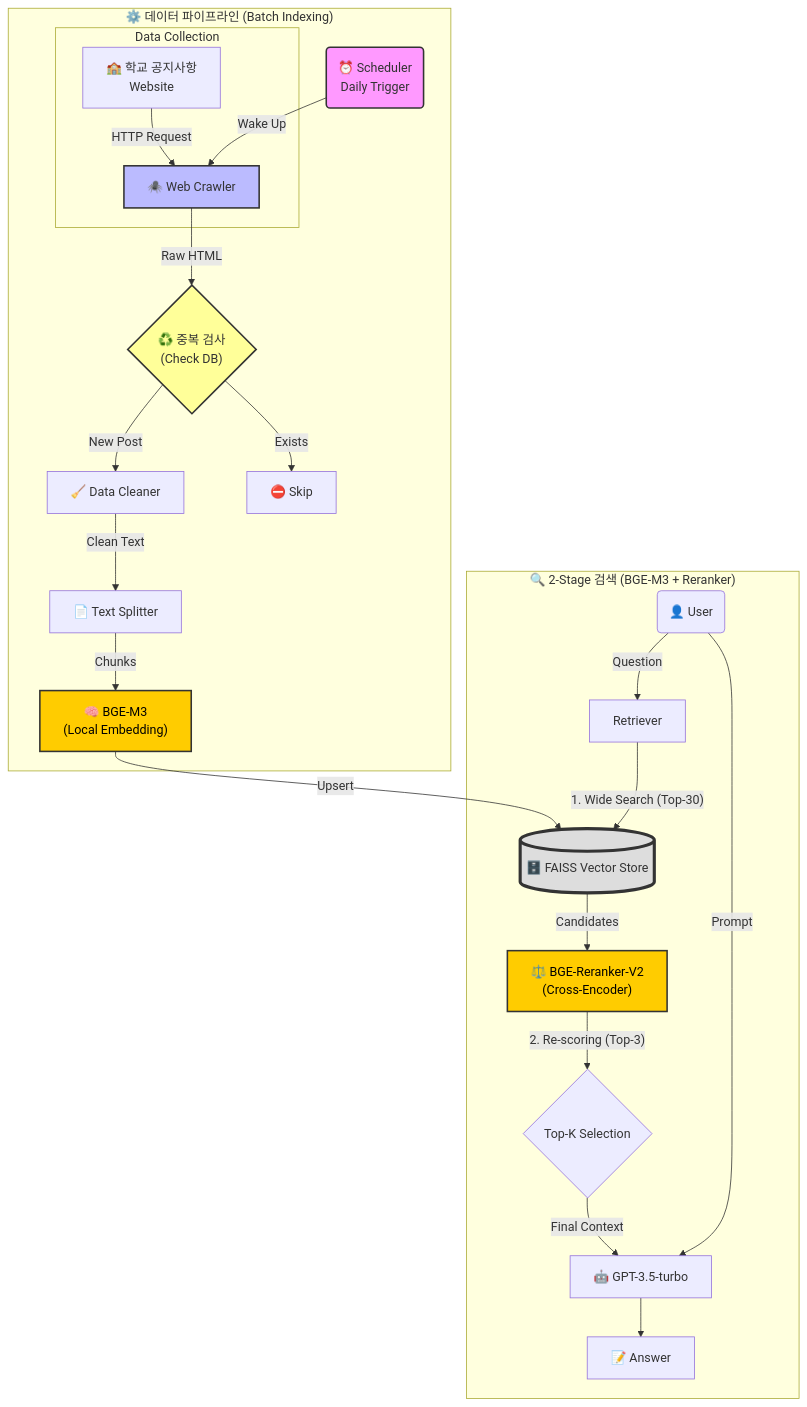
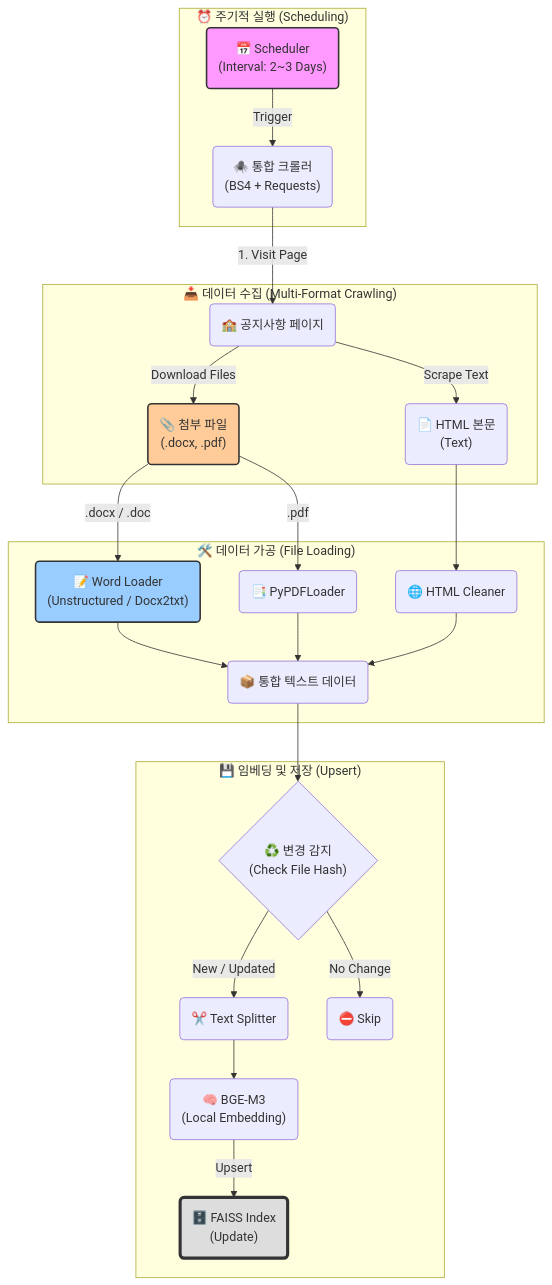
One commit to KKimHyeonJoo/INUchat changed the second of 2 diagrams in README.md. Above: the diagram before and after it, drawn with Mermaid.

````diff
--- a/README.md
+++ b/README.md
@@ -92,44 +92,44 @@
 ```mermaid
 flowchart TD
-    %% 사용자 및 추론 영역
-    subgraph Inference_Phase ["🔍 2-Stage 검색 (BGE-M3 + Reranker)"]
-        User(👤 User) -->|Question| Retriever
-        Retriever -->|"1. Wide Search (Top-30)"| FAISS[("🗄️ FAISS Vector Store")]
-        
-        FAISS -->|Candidates| Reranker["⚖️ BGE-Reranker-V2\n(Cross-Encoder)"]
-        
-        Reranker -->|"2. Re-scoring (Top-3)"| Context_Filter{"Top-K Selection"}
-        
-        Context_Filter -->|Final Context| LLM["🤖 GPT-3.5-turbo"]
-        User -->|Prompt| LLM
-        LLM --> Answer["📝 Answer"]
+    %% 1. 스케줄링 영역
+    subgraph Scheduling ["⏰ 주기적 실행 (Scheduling)"]
+        Timer("📅 Scheduler\n(Interval: 2~3 Days)") -->|Trigger| Crawler
     end
 
-    %% 데이터 수집 및 가공 영역
-    subgraph ETL_Pipeline ["⚙️ 데이터 파이프라인 (Batch Indexing)"]
-        Scheduler("⏰ Scheduler\nDaily Trigger") -->|Wake Up| Crawler
+    %% 2. 수집 영역
+    subgraph Collection ["📥 데이터 수집 (Multi-Format Crawling)"]
+        Crawler("🕷️ 통합 크롤러\n(BS4 + Requests)") -->|1. Visit Page| WebPage("🏫 공지사항 페이지")
         
-        subgraph Collection ["Data Collection"]
-            Web["🏫 학교 공지사항\nWebsite"] -->|HTTP Request| Crawler["🕷️ Web Crawler"]
-        end
-        
-        Crawler -->|Raw HTML| Dedup{"♻️ 중복 검사\n(Check DB)"}
-        
-        Dedup -->|New Post| Cleaner["🧹 Data Cleaner"]
-        Dedup -->|Exists| Skip["⛔ Skip"]
-        
-        Cleaner -->|Clean Text| Splitter["📄 Text Splitter"]
-        
-        Splitter -->|Chunks| Embed["🧠 BGE-M3\n(Local Embedding)"]
-        Embed -->|Upsert| FAISS
+        WebPage -->|Scrape Text| HTML_Content("📄 HTML 본문\n(Text)")
+        WebPage -->|Download Files| Attachments("📎 첨부 파일\n(.docx, .pdf)")
     end
 
-    %% 스타일링 (BGE 모델 강조)
-    style Reranker fill:#ffcc00,stroke:#333,stroke-width:2px,color:black
-    style Embed fill:#ffcc00,stroke:#333,stroke-width:2px,color:black
-    style Scheduler fill:#f9f,stroke:#333,stroke-width:2px
-    style Crawler fill:#bbf,stroke:#333,stroke-width:2px
-    style Dedup fill:#ff9,stroke:#333,stroke-width:2px
+    %% 3. 전처리 및 로딩 영역
+    subgraph Processing ["🛠️ 데이터 가공 (File Loading)"]
+        Attachments --".docx / .doc"--> WordLoader("📝 Word Loader\n(Unstructured / Docx2txt)")
+        Attachments --".pdf"--> PDFLoader("📑 PyPDFLoader")
+        HTML_Content --> HTMLLoader("🌐 HTML Cleaner")
+        
+        WordLoader --> MergedData
+        PDFLoader --> MergedData
+        HTMLLoader --> MergedData("📦 통합 텍스트 데이터")
+    end
+
+    %% 4. 중복 제거 및 저장 영역
+    subgraph Storage ["💾 임베딩 및 저장 (Upsert)"]
+        MergedData --> HashCheck{"♻️ 변경 감지\n(Check File Hash)"}
+        
+        HashCheck --"New / Updated"--> Splitter("✂️ Text Splitter")
+        HashCheck --"No Change"--> Skip("⛔ Skip")
+        
+        Splitter --> Embed("🧠 BGE-M3\n(Local Embedding)")
+        Embed -->|Upsert| FAISS("🗄️ FAISS Index\n(Update)")
+    end
+
+    %% 스타일링
+    style Timer fill:#f9f,stroke:#333,stroke-width:2px
+    style Attachments fill:#ffcc99,stroke:#333,stroke-width:2px
+    style WordLoader fill:#99ccff,stroke:#333,stroke-width:2px
     style FAISS fill:#ddd,stroke:#333,stroke-width:4px
 
 ```
````
